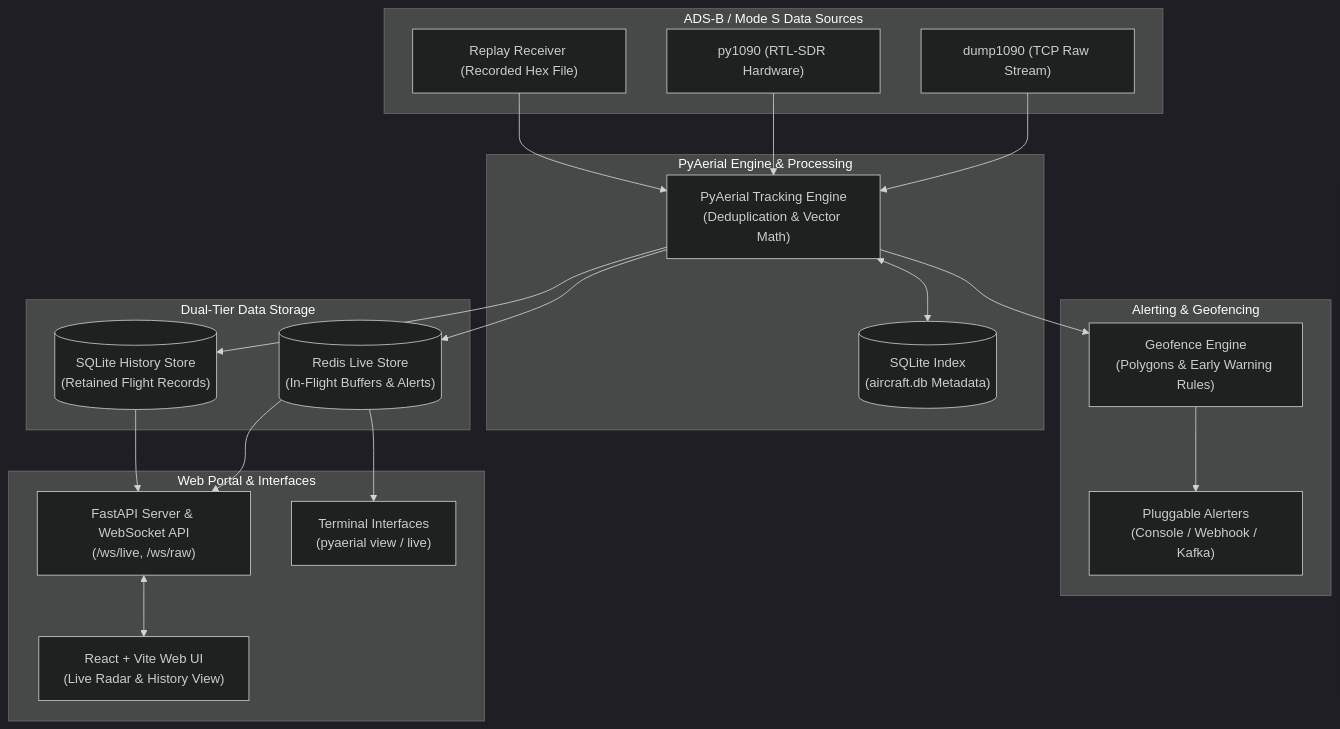
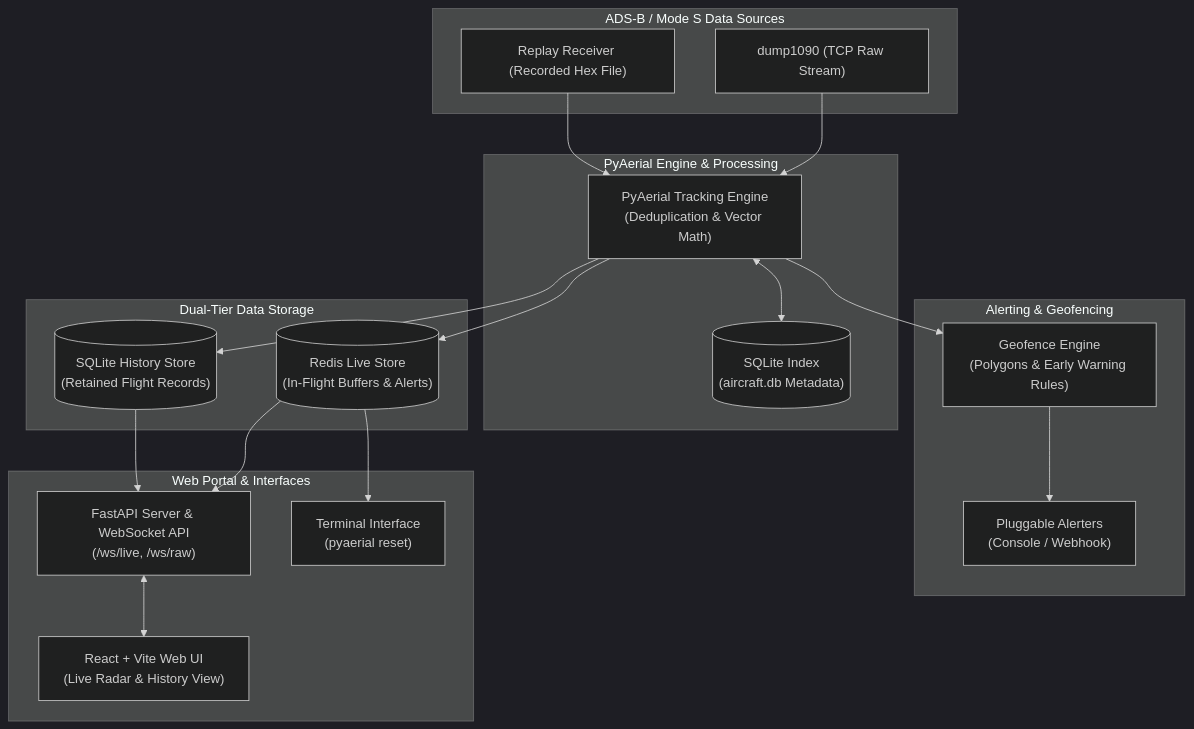
One commit to quantumbagel/PyAerial changed the diagram in README.md. Above: the diagram before and after it, drawn with Mermaid (dark theme). The commit also changed other lines of this file and 38 other files, not shown here.

````diff
--- a/README.md
+++ b/README.md
@@ -13,46 +13,44 @@
 ```mermaid
 graph TD
     subgraph Inputs ["ADS-B / Mode S Data Sources"]
         DUMP1090["dump1090 (TCP Raw Stream)"]
-        PY1090["py1090 (RTL-SDR Hardware)"]
         REPLAY["Replay Receiver (Recorded Hex File)"]
     end
 
     subgraph Core ["PyAerial Engine & Processing"]
         ENGINE["PyAerial Tracking Engine<br/>(Deduplication & Vector Math)"]
         AIRCRAFT_DB[("SQLite Index<br/>(aircraft.db Metadata)")]
     end
 
     subgraph Alerts ["Alerting & Geofencing"]
         GEOFENCE["Geofence Engine<br/>(Polygons & Early Warning Rules)"]
-        ALERTERS["Pluggable Alerters<br/>(Console / Webhook / Kafka)"]
+        ALERTERS["Pluggable Alerters<br/>(Console / Webhook)"]
     end
 
     subgraph Storage ["Dual-Tier Data Storage"]
         REDIS[("Redis Live Store<br/>(In-Flight Buffers & Alerts)")]
         SQLITE[("SQLite History Store<br/>(Retained Flight Records)")]
     end
 
     subgraph Frontend ["Web Portal & Interfaces"]
         WEBAPP["FastAPI Server & WebSocket API<br/>(/ws/live, /ws/raw)"]
         WEBUI["React + Vite Web UI<br/>(Live Radar & History View)"]
-        CLI["Terminal Interfaces<br/>(pyaerial view / live)"]
+        CLI["Terminal Interface<br/>(pyaerial reset)"]
     end
 
     DUMP1090 --> ENGINE
-    PY1090 --> ENGINE
     REPLAY --> ENGINE
 
     ENGINE <--> AIRCRAFT_DB
     ENGINE --> GEOFENCE
     GEOFENCE --> ALERTERS
 
     ENGINE --> REDIS
     ENGINE --> SQLITE
 
     REDIS --> WEBAPP
     SQLITE --> WEBAPP
     REDIS --> CLI
 
     WEBAPP <--> WEBUI
 ```
````
